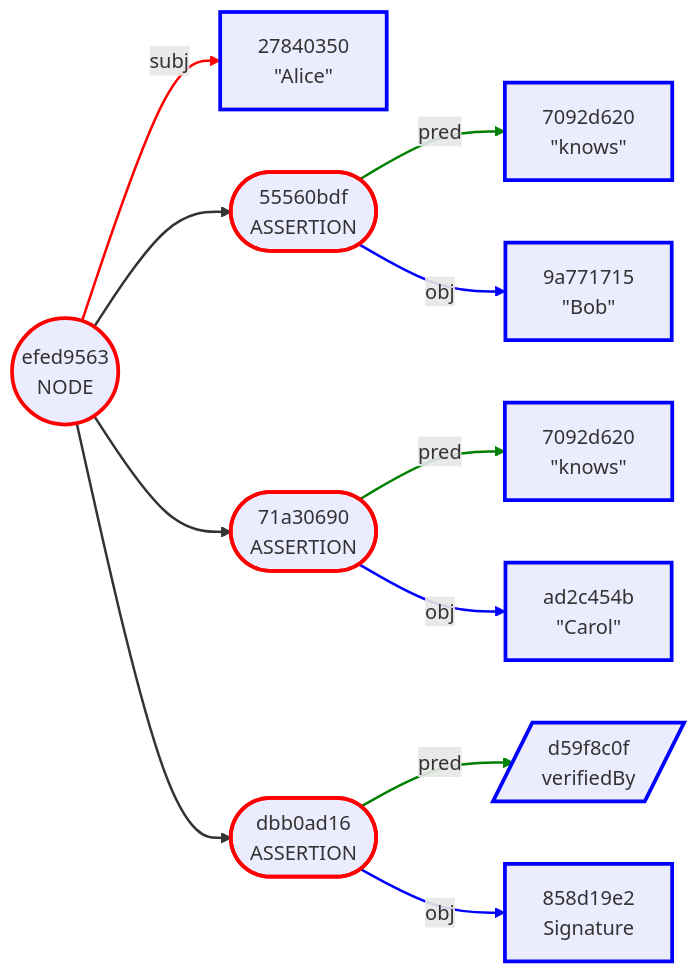
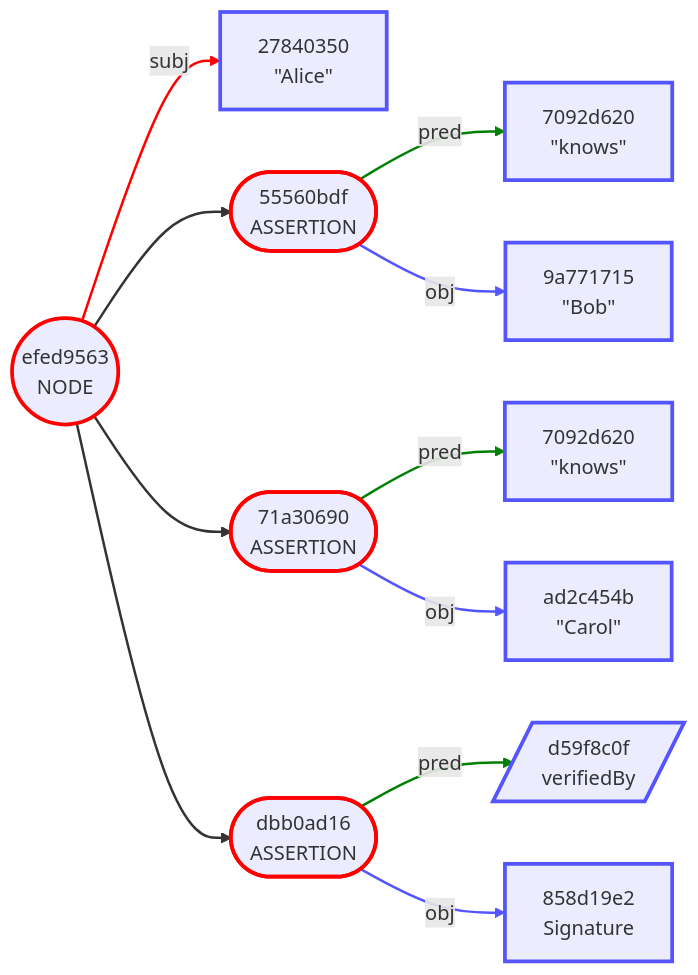
Before and after one commit to BlockchainCommons/BCSwiftSecureComponents: the sixth of 12 diagrams in Docs/04-MERMAID-OUTPUT.md, drawn with Mermaid. The commit also changed other lines of this file and 1 other file, not shown here.

Commit message:
Refined blue for Mermaid output.

````diff
--- a/Docs/04-MERMAID-OUTPUT.md
+++ b/Docs/04-MERMAID-OUTPUT.md
@@ -185,45 +185,45 @@
 ```mermaid
 graph LR
     1(("efed9563<br/>NODE"))
     2["27840350<br/>#quot;Alice#quot;"]
     3(["55560bdf<br/>ASSERTION"])
     4["7092d620<br/>#quot;knows#quot;"]
     5["9a771715<br/>#quot;Bob#quot;"]
     6(["71a30690<br/>ASSERTION"])
     7["7092d620<br/>#quot;knows#quot;"]
     8["ad2c454b<br/>#quot;Carol#quot;"]
     9(["dbb0ad16<br/>ASSERTION"])
     10[/"d59f8c0f<br/>verifiedBy"/]
     11["858d19e2<br/>Signature"]
     1 -->|subj| 2
     1 --> 3
     3 -->|pred| 4
     3 -->|obj| 5
     1 --> 6
     6 -->|pred| 7
     6 -->|obj| 8
     1 --> 9
     9 -->|pred| 10
     9 -->|obj| 11
     style 1 stroke:red,stroke-width:3.0px
-    style 2 stroke:blue,stroke-width:3.0px
+    style 2 stroke:#55f,stroke-width:3.0px
     style 3 stroke:red,stroke-width:3.0px
-    style 4 stroke:blue,stroke-width:3.0px
-    style 5 stroke:blue,stroke-width:3.0px
+    style 4 stroke:#55f,stroke-width:3.0px
+    style 5 stroke:#55f,stroke-width:3.0px
     style 6 stroke:red,stroke-width:3.0px
-    style 7 stroke:blue,stroke-width:3.0px
-    style 8 stroke:blue,stroke-width:3.0px
+    style 7 stroke:#55f,stroke-width:3.0px
+    style 8 stroke:#55f,stroke-width:3.0px
     style 9 stroke:red,stroke-width:3.0px
-    style 10 stroke:blue,stroke-width:3.0px
-    style 11 stroke:blue,stroke-width:3.0px
+    style 10 stroke:#55f,stroke-width:3.0px
+    style 11 stroke:#55f,stroke-width:3.0px
     linkStyle 0 stroke:red,stroke-width:2.0px
     linkStyle 1 stroke-width:2.0px
     linkStyle 2 stroke:green,stroke-width:2.0px
-    linkStyle 3 stroke:blue,stroke-width:2.0px
+    linkStyle 3 stroke:#55f,stroke-width:2.0px
     linkStyle 4 stroke-width:2.0px
     linkStyle 5 stroke:green,stroke-width:2.0px
-    linkStyle 6 stroke:blue,stroke-width:2.0px
+    linkStyle 6 stroke:#55f,stroke-width:2.0px
     linkStyle 7 stroke-width:2.0px
     linkStyle 8 stroke:green,stroke-width:2.0px
-    linkStyle 9 stroke:blue,stroke-width:2.0px
+    linkStyle 9 stroke:#55f,stroke-width:2.0px
 ```
````
